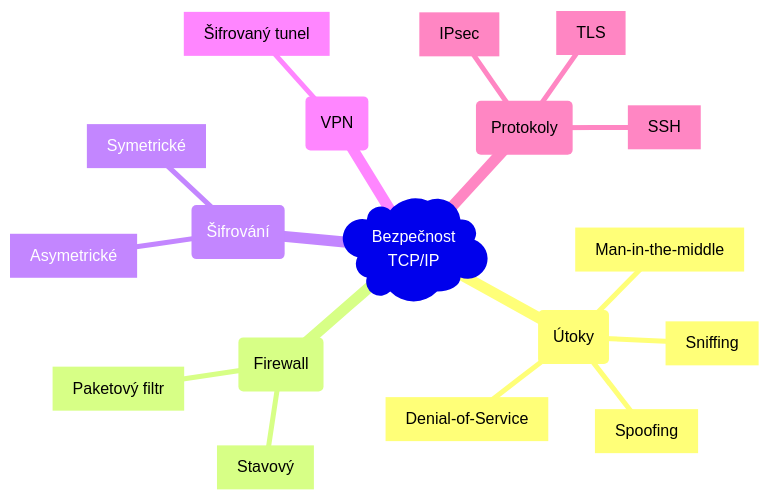
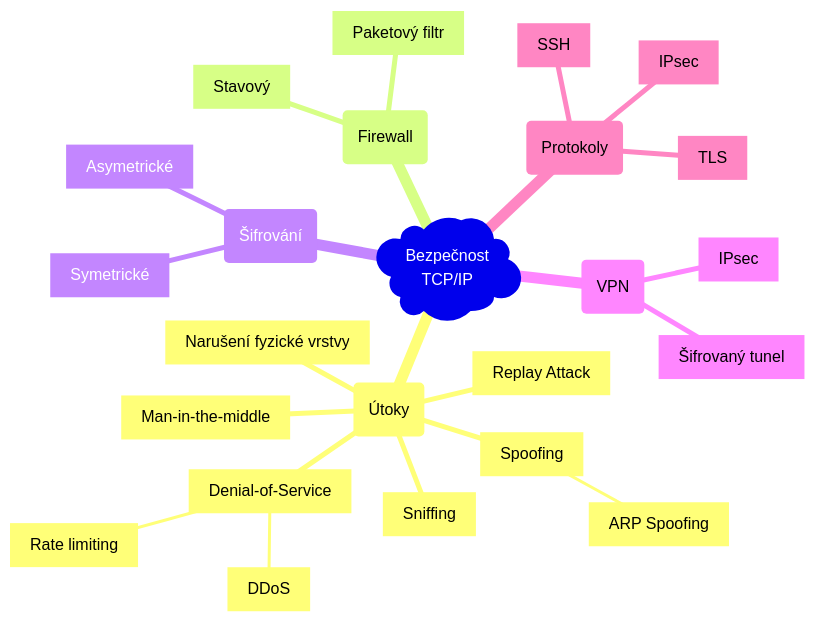
Before and after one commit to matejfric/mdbook: the fifth of 6 diagrams in src/it/systems_and_networking.md, drawn with Mermaid. The commit also changed other lines of this file and 1 other file, not shown here.

````diff
--- a/src/it/systems_and_networking.md
+++ b/src/it/systems_and_networking.md
@@ -377,22 +380,28 @@
 ```mermaid
 mindmap
   root )"""Bezpečnost
   TCP/IP""")
     (Útoky)
+      [Narušení fyzické vrstvy]
       [Man-in-the-middle]
       [Denial-of-Service]
+        [Rate limiting]
+        [DDoS]
       [Spoofing]
+        [ARP Spoofing]
       [Sniffing]
+      [Replay Attack]
     (Firewall)
       [Stavový]
       [Paketový filtr]
     (Šifrování)
       [Symetrické]
       [Asymetrické]
     (VPN)
       [Šifrovaný tunel]
+      [IPsec]
     (Protokoly)
       [TLS]
       [IPsec]
       [SSH]
 ```
````
